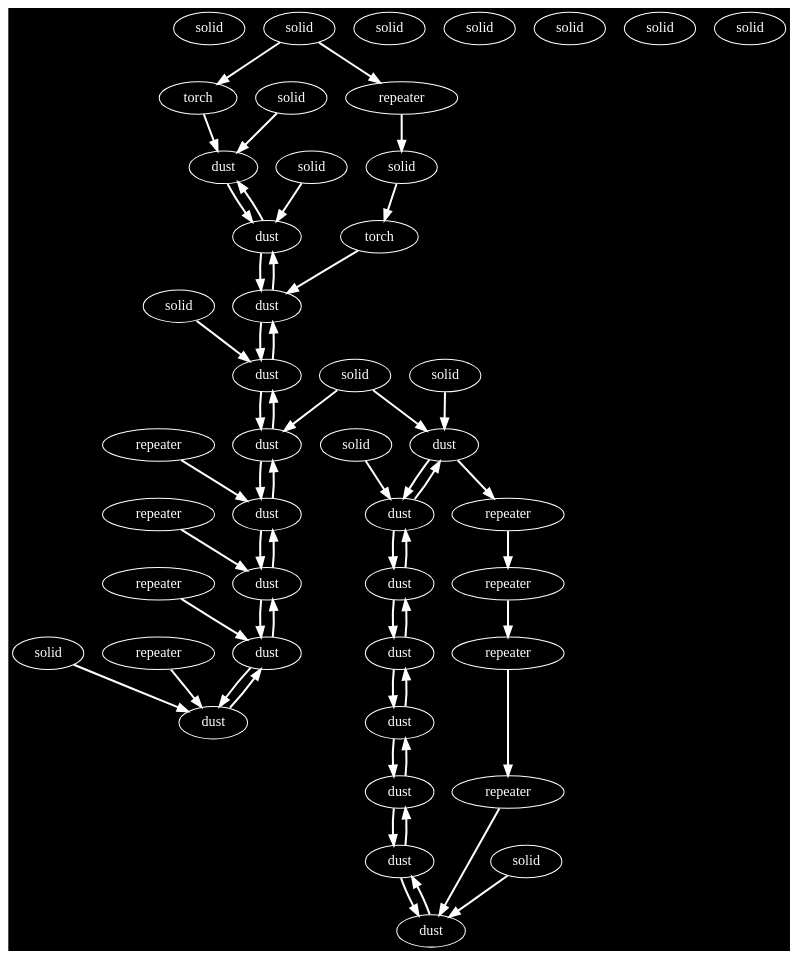
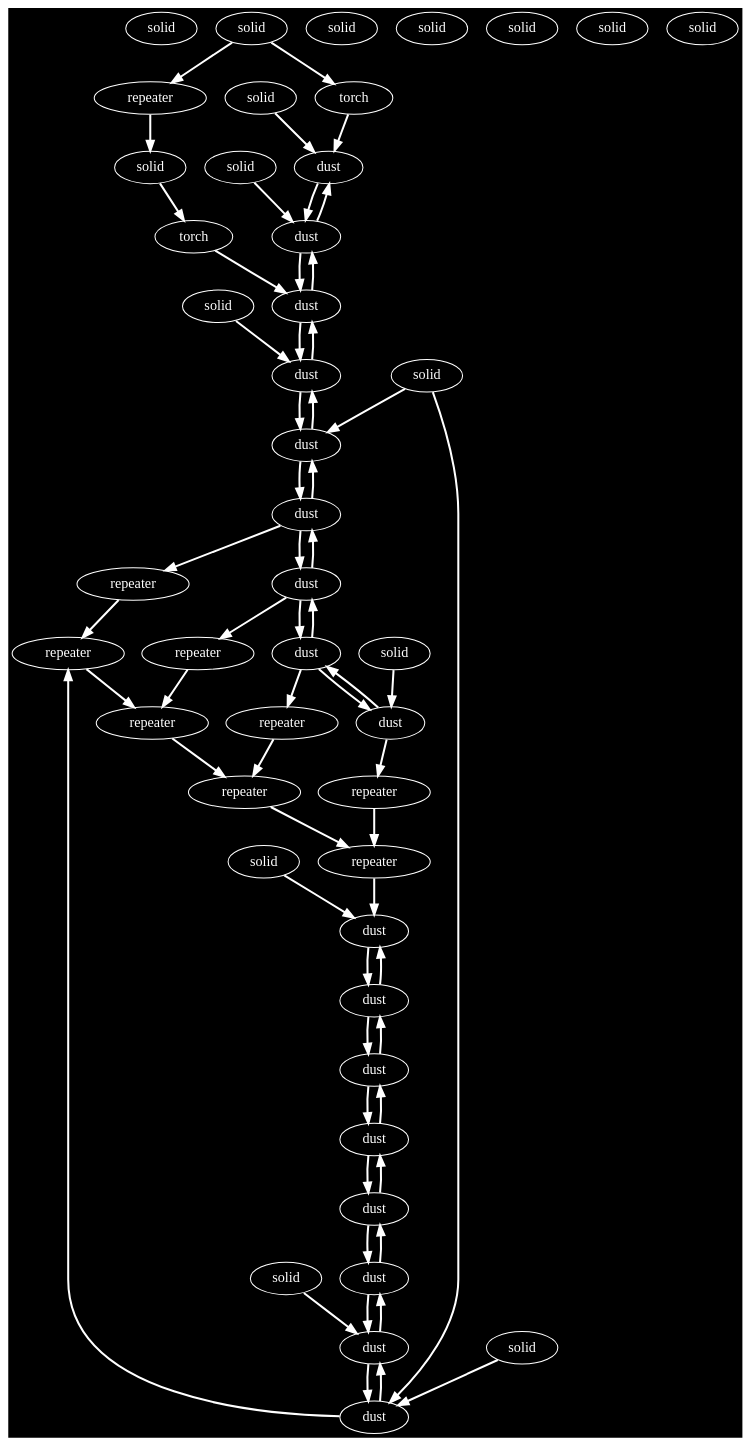
Before and after one commit to lakazatong/PCBMod: the diagram in common/src/main/java/in/lakazatong/pcbmod/redstone/examples/barrelshiftregister/barrel_shift_register.dot, drawn with Graphviz. The commit also changed 8 other files, not shown here.

Commit message:
fixed the graph of barrel shift register WIP

```diff
--- a/common/src/main/java/in/lakazatong/pcbmod/redstone/examples/barrelshiftregister/barrel_shift_register.dot
+++ b/common/src/main/java/in/lakazatong/pcbmod/redstone/examples/barrelshiftregister/barrel_shift_register.dot
@@ -14,6 +14,7 @@
     "cc63c546-47d9-3367-8ea4-4a239841f433" -> "6e8699f1-07e9-3886-ac39-3d130127e887" [color="white", arrowhead="normal", fontcolor="white", penwidth=2];
     "bfe9b9b4-8c47-3d21-b63b-7f53c41a60e2" -> "6e8699f1-07e9-3886-ac39-3d130127e887" [color="white", arrowhead="normal", fontcolor="white", penwidth=2];
     "a0b8a2e1-807b-3ef1-8f82-0cbb61817378" [label="repeater", style=filled, fillcolor="black", fontcolor="white", color="white", width=0.2, height=0.2];
+    "220de361-52fd-3d21-9d87-834fd0982ec4" -> "a0b8a2e1-807b-3ef1-8f82-0cbb61817378" [color="white", arrowhead="normal", fontcolor="white", penwidth=2];
     "911149af-68a6-37f7-a04e-79d9e9e2934e" [label="solid", style=filled, fillcolor="black", fontcolor="white", color="white", width=0.2, height=0.2];
     "71b08495-6a86-375b-bd10-6399bc71acd4" [label="dust", style=filled, fillcolor="black", fontcolor="white", color="white", width=0.2, height=0.2];
     "202901a9-65a6-3ada-ae39-645d281311e6" -> "71b08495-6a86-375b-bd10-6399bc71acd4" [color="white", arrowhead="normal", fontcolor="white", penwidth=2];
@@ -21,12 +22,14 @@
     "dcedc68e-aaef-3f99-91cf-3883d9b53890" -> "71b08495-6a86-375b-bd10-6399bc71acd4" [color="white", arrowhead="normal", fontcolor="white", penwidth=2];
     "59652766-359b-369a-be57-7ae10ed44df7" [label="solid", style=filled, fillcolor="black", fontcolor="white", color="white", width=0.2, height=0.2];
     "f11ffa8d-1c36-35fe-8378-cb3c0250a556" [label="dust", style=filled, fillcolor="black", fontcolor="white", color="white", width=0.2, height=0.2];
+    "695c2b58-b2cd-36e8-8747-dad888f756e5" -> "f11ffa8d-1c36-35fe-8378-cb3c0250a556" [color="white", arrowhead="normal", fontcolor="white", penwidth=2];
     "57d8dfcb-3e15-3785-a9f8-d92c67260304" -> "f11ffa8d-1c36-35fe-8378-cb3c0250a556" [color="white", arrowhead="normal", fontcolor="white", penwidth=2];
-    "695c2b58-b2cd-36e8-8747-dad888f756e5" -> "f11ffa8d-1c36-35fe-8378-cb3c0250a556" [color="white", arrowhead="normal", fontcolor="white", penwidth=2];
     "9b3f7a47-7d06-3637-9dcb-d8a5d70c4930" [label="solid", style=filled, fillcolor="black", fontcolor="white", color="white", width=0.2, height=0.2];
     "b3674d69-58f3-32f4-a34d-619b6201dc42" [label="repeater", style=filled, fillcolor="black", fontcolor="white", color="white", width=0.2, height=0.2];
     "f4516df4-5e20-3dc2-b494-1ea993de6395" -> "b3674d69-58f3-32f4-a34d-619b6201dc42" [color="white", arrowhead="normal", fontcolor="white", penwidth=2];
+    "a0b8a2e1-807b-3ef1-8f82-0cbb61817378" -> "b3674d69-58f3-32f4-a34d-619b6201dc42" [color="white", arrowhead="normal", fontcolor="white", penwidth=2];
     "6ff95c65-d545-3e48-8207-e826dedabc76" [label="repeater", style=filled, fillcolor="black", fontcolor="white", color="white", width=0.2, height=0.2];
+    "267b5d56-777a-3979-8a0c-28f87be30e9a" -> "6ff95c65-d545-3e48-8207-e826dedabc76" [color="white", arrowhead="normal", fontcolor="white", penwidth=2];
     "61219756-d840-3b11-bf42-37dbd296f7b4" [label="dust", style=filled, fillcolor="black", fontcolor="white", color="white", width=0.2, height=0.2];
     "93c9a203-347c-32af-be83-3c4651199f25" -> "61219756-d840-3b11-bf42-37dbd296f7b4" [color="white", arrowhead="normal", fontcolor="white", penwidth=2];
     "29c179f9-a450-3f5d-8676-022c50f4696a" -> "61219756-d840-3b11-bf42-37dbd296f7b4" [color="white", arrowhead="normal", fontcolor="white", penwidth=2];
@@ -40,17 +43,15 @@
     "cbbd73e2-2c5d-3fc1-b1a2-64cfc9b0657d" [label="dust", style=filled, fillcolor="black", fontcolor="white", color="white", width=0.2, height=0.2];
     "44ca0ece-ef77-3808-b467-15a54e5526c1" -> "cbbd73e2-2c5d-3fc1-b1a2-64cfc9b0657d" [color="white", arrowhead="normal", fontcolor="white", penwidth=2];
     "97f0f680-d63b-3547-a0ce-e457be9fd927" -> "cbbd73e2-2c5d-3fc1-b1a2-64cfc9b0657d" [color="white", arrowhead="normal", fontcolor="white", penwidth=2];
-    "7c407d07-70a8-349e-9dea-9706270d5a7c" -> "cbbd73e2-2c5d-3fc1-b1a2-64cfc9b0657d" [color="white", arrowhead="normal", fontcolor="white", penwidth=2];
     "267b5d56-777a-3979-8a0c-28f87be30e9a" [label="dust", style=filled, fillcolor="black", fontcolor="white", color="white", width=0.2, height=0.2];
     "a8429368-62d3-3944-a286-bc658fb863d8" -> "267b5d56-777a-3979-8a0c-28f87be30e9a" [color="white", arrowhead="normal", fontcolor="white", penwidth=2];
-    "6ff95c65-d545-3e48-8207-e826dedabc76" -> "267b5d56-777a-3979-8a0c-28f87be30e9a" [color="white", arrowhead="normal", fontcolor="white", penwidth=2];
     "220de361-52fd-3d21-9d87-834fd0982ec4" -> "267b5d56-777a-3979-8a0c-28f87be30e9a" [color="white", arrowhead="normal", fontcolor="white", penwidth=2];
     "220de361-52fd-3d21-9d87-834fd0982ec4" [label="dust", style=filled, fillcolor="black", fontcolor="white", color="white", width=0.2, height=0.2];
-    "a0b8a2e1-807b-3ef1-8f82-0cbb61817378" -> "220de361-52fd-3d21-9d87-834fd0982ec4" [color="white", arrowhead="normal", fontcolor="white", penwidth=2];
+    "267b5d56-777a-3979-8a0c-28f87be30e9a" -> "220de361-52fd-3d21-9d87-834fd0982ec4" [color="white", arrowhead="normal", fontcolor="white", penwidth=2];
     "44ca0ece-ef77-3808-b467-15a54e5526c1" -> "220de361-52fd-3d21-9d87-834fd0982ec4" [color="white", arrowhead="normal", fontcolor="white", penwidth=2];
-    "267b5d56-777a-3979-8a0c-28f87be30e9a" -> "220de361-52fd-3d21-9d87-834fd0982ec4" [color="white", arrowhead="normal", fontcolor="white", penwidth=2];
     "009a3cb1-4a7e-3cf6-963d-5ec36d3ac40f" [label="repeater", style=filled, fillcolor="black", fontcolor="white", color="white", width=0.2, height=0.2];
     "b3674d69-58f3-32f4-a34d-619b6201dc42" -> "009a3cb1-4a7e-3cf6-963d-5ec36d3ac40f" [color="white", arrowhead="normal", fontcolor="white", penwidth=2];
+    "222a7fb5-fd6f-31a6-969b-346b9d6d4a7b" -> "009a3cb1-4a7e-3cf6-963d-5ec36d3ac40f" [color="white", arrowhead="normal", fontcolor="white", penwidth=2];
     "143daf94-f451-3ae6-b069-5bfc234f2cec" [label="repeater", style=filled, fillcolor="black", fontcolor="white", color="white", width=0.2, height=0.2];
     "ae5c3ec0-8f59-3a13-be35-a83d1c5bf039" -> "143daf94-f451-3ae6-b069-5bfc234f2cec" [color="white", arrowhead="normal", fontcolor="white", penwidth=2];
     "bfe9b9b4-8c47-3d21-b63b-7f53c41a60e2" [label="dust", style=filled, fillcolor="black", fontcolor="white", color="white", width=0.2, height=0.2];
@@ -58,14 +59,14 @@
     "71b08495-6a86-375b-bd10-6399bc71acd4" -> "bfe9b9b4-8c47-3d21-b63b-7f53c41a60e2" [color="white", arrowhead="normal", fontcolor="white", penwidth=2];
     "8cc3a70e-0ef4-3ef8-9715-bf8d620a08cd" -> "bfe9b9b4-8c47-3d21-b63b-7f53c41a60e2" [color="white", arrowhead="normal", fontcolor="white", penwidth=2];
     "7c407d07-70a8-349e-9dea-9706270d5a7c" [label="repeater", style=filled, fillcolor="black", fontcolor="white", color="white", width=0.2, height=0.2];
+    "cbbd73e2-2c5d-3fc1-b1a2-64cfc9b0657d" -> "7c407d07-70a8-349e-9dea-9706270d5a7c" [color="white", arrowhead="normal", fontcolor="white", penwidth=2];
     "695c2b58-b2cd-36e8-8747-dad888f756e5" [label="dust", style=filled, fillcolor="black", fontcolor="white", color="white", width=0.2, height=0.2];
+    "6bddd822-2136-38da-8e2d-4d47f6697966" -> "695c2b58-b2cd-36e8-8747-dad888f756e5" [color="white", arrowhead="normal", fontcolor="white", penwidth=2];
     "f11ffa8d-1c36-35fe-8378-cb3c0250a556" -> "695c2b58-b2cd-36e8-8747-dad888f756e5" [color="white", arrowhead="normal", fontcolor="white", penwidth=2];
-    "6bddd822-2136-38da-8e2d-4d47f6697966" -> "695c2b58-b2cd-36e8-8747-dad888f756e5" [color="white", arrowhead="normal", fontcolor="white", penwidth=2];
     "ca50d698-bdd8-38ba-bb4f-338b9d828919" -> "695c2b58-b2cd-36e8-8747-dad888f756e5" [color="white", arrowhead="normal", fontcolor="white", penwidth=2];
     "1d9acc7d-fce5-3346-9ecd-6664a05c1cdd" [label="solid", style=filled, fillcolor="black", fontcolor="white", color="white", width=0.2, height=0.2];
     "97f0f680-d63b-3547-a0ce-e457be9fd927" [label="solid", style=filled, fillcolor="black", fontcolor="white", color="white", width=0.2, height=0.2];
     "44ca0ece-ef77-3808-b467-15a54e5526c1" [label="dust", style=filled, fillcolor="black", fontcolor="white", color="white", width=0.2, height=0.2];
-    "222a7fb5-fd6f-31a6-969b-346b9d6d4a7b" -> "44ca0ece-ef77-3808-b467-15a54e5526c1" [color="white", arrowhead="normal", fontcolor="white", penwidth=2];
     "220de361-52fd-3d21-9d87-834fd0982ec4" -> "44ca0ece-ef77-3808-b467-15a54e5526c1" [color="white", arrowhead="normal", fontcolor="white", penwidth=2];
     "cbbd73e2-2c5d-3fc1-b1a2-64cfc9b0657d" -> "44ca0ece-ef77-3808-b467-15a54e5526c1" [color="white", arrowhead="normal", fontcolor="white", penwidth=2];
     "202901a9-65a6-3ada-ae39-645d281311e6" [label="solid", style=filled, fillcolor="black", fontcolor="white", color="white", width=0.2, height=0.2];
@@ -75,17 +76,20 @@
     "cc63c546-47d9-3367-8ea4-4a239841f433" [label="solid", style=filled, fillcolor="black", fontcolor="white", color="white", width=0.2, height=0.2];
     "38eb184d-552f-3a21-aa7f-6a6563d916c5" [label="solid", style=filled, fillcolor="black", fontcolor="white", color="white", width=0.2, height=0.2];
     "222a7fb5-fd6f-31a6-969b-346b9d6d4a7b" [label="repeater", style=filled, fillcolor="black", fontcolor="white", color="white", width=0.2, height=0.2];
+    "44ca0ece-ef77-3808-b467-15a54e5526c1" -> "222a7fb5-fd6f-31a6-969b-346b9d6d4a7b" [color="white", arrowhead="normal", fontcolor="white", penwidth=2];
     "29c179f9-a450-3f5d-8676-022c50f4696a" [label="repeater", style=filled, fillcolor="black", fontcolor="white", color="white", width=0.2, height=0.2];
+    "7c407d07-70a8-349e-9dea-9706270d5a7c" -> "29c179f9-a450-3f5d-8676-022c50f4696a" [color="white", arrowhead="normal", fontcolor="white", penwidth=2];
     "009a3cb1-4a7e-3cf6-963d-5ec36d3ac40f" -> "29c179f9-a450-3f5d-8676-022c50f4696a" [color="white", arrowhead="normal", fontcolor="white", penwidth=2];
     "f4516df4-5e20-3dc2-b494-1ea993de6395" [label="repeater", style=filled, fillcolor="black", fontcolor="white", color="white", width=0.2, height=0.2];
+    "6ff95c65-d545-3e48-8207-e826dedabc76" -> "f4516df4-5e20-3dc2-b494-1ea993de6395" [color="white", arrowhead="normal", fontcolor="white", penwidth=2];
     "ca50d698-bdd8-38ba-bb4f-338b9d828919" -> "f4516df4-5e20-3dc2-b494-1ea993de6395" [color="white", arrowhead="normal", fontcolor="white", penwidth=2];
     "57d8dfcb-3e15-3785-a9f8-d92c67260304" [label="dust", style=filled, fillcolor="black", fontcolor="white", color="white", width=0.2, height=0.2];
     "731819ad-7f4a-3e8a-9762-ef11a44172a9" -> "57d8dfcb-3e15-3785-a9f8-d92c67260304" [color="white", arrowhead="normal", fontcolor="white", penwidth=2];
     "f11ffa8d-1c36-35fe-8378-cb3c0250a556" -> "57d8dfcb-3e15-3785-a9f8-d92c67260304" [color="white", arrowhead="normal", fontcolor="white", penwidth=2];
     "ca50d698-bdd8-38ba-bb4f-338b9d828919" [label="dust", style=filled, fillcolor="black", fontcolor="white", color="white", width=0.2, height=0.2];
-    "1d9acc7d-fce5-3346-9ecd-6664a05c1cdd" -> "ca50d698-bdd8-38ba-bb4f-338b9d828919" [color="white", arrowhead="normal", fontcolor="white", penwidth=2];
     "695c2b58-b2cd-36e8-8747-dad888f756e5" -> "ca50d698-bdd8-38ba-bb4f-338b9d828919" [color="white", arrowhead="normal", fontcolor="white", penwidth=2];
     "87ed5b72-f553-389b-956d-7719fed7e18c" -> "ca50d698-bdd8-38ba-bb4f-338b9d828919" [color="white", arrowhead="normal", fontcolor="white", penwidth=2];
+    "1d9acc7d-fce5-3346-9ecd-6664a05c1cdd" -> "ca50d698-bdd8-38ba-bb4f-338b9d828919" [color="white", arrowhead="normal", fontcolor="white", penwidth=2];
     "6bddd822-2136-38da-8e2d-4d47f6697966" [label="solid", style=filled, fillcolor="black", fontcolor="white", color="white", width=0.2, height=0.2];
     "87ed5b72-f553-389b-956d-7719fed7e18c" [label="solid", style=filled, fillcolor="black", fontcolor="white", color="white", width=0.2, height=0.2];
     "870ed7a9-1045-3d9b-8b13-8b295d6cae57" [label="solid", style=filled, fillcolor="black", fontcolor="white", color="white", width=0.2, height=0.2];
@@ -96,6 +100,6 @@
     "71b08495-6a86-375b-bd10-6399bc71acd4" -> "dcedc68e-aaef-3f99-91cf-3883d9b53890" [color="white", arrowhead="normal", fontcolor="white", penwidth=2];
     "a8429368-62d3-3944-a286-bc658fb863d8" [label="dust", style=filled, fillcolor="black", fontcolor="white", color="white", width=0.2, height=0.2];
     "6e8699f1-07e9-3886-ac39-3d130127e887" -> "a8429368-62d3-3944-a286-bc658fb863d8" [color="white", arrowhead="normal", fontcolor="white", penwidth=2];
+    "267b5d56-777a-3979-8a0c-28f87be30e9a" -> "a8429368-62d3-3944-a286-bc658fb863d8" [color="white", arrowhead="normal", fontcolor="white", penwidth=2];
     "1d9acc7d-fce5-3346-9ecd-6664a05c1cdd" -> "a8429368-62d3-3944-a286-bc658fb863d8" [color="white", arrowhead="normal", fontcolor="white", penwidth=2];
-    "267b5d56-777a-3979-8a0c-28f87be30e9a" -> "a8429368-62d3-3944-a286-bc658fb863d8" [color="white", arrowhead="normal", fontcolor="white", penwidth=2];
 }
```
